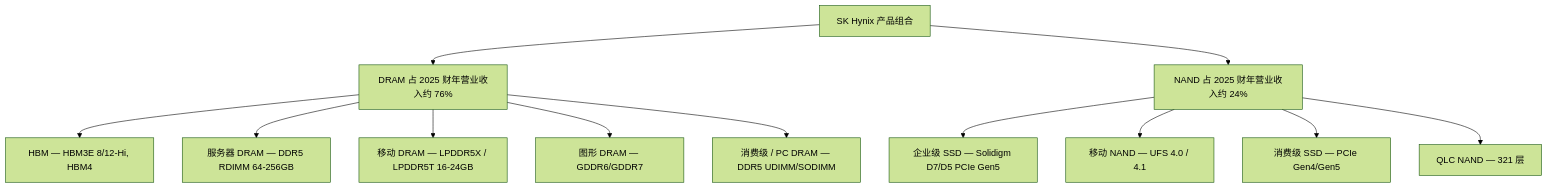
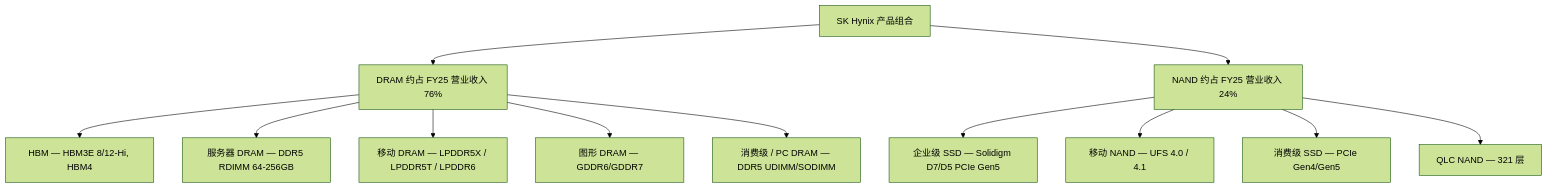
The first of 2 diagrams in reports/company/SKHynix_KRX000660/SKHynix_KRX000660_公司研究.md (dadachundan/financial_agent), drawn with Mermaid (forest theme) before and after one commit. The commit also changed other lines of this file and 9 other files, not shown here.

````diff
--- a/reports/company/SKHynix_KRX000660/SKHynix_KRX000660_公司研究.md
+++ b/reports/company/SKHynix_KRX000660/SKHynix_KRX000660_公司研究.md
@@ -130,14 +445,14 @@
 ```mermaid
 graph TD
-        A[SK Hynix 产品组合] --> B[DRAM 占 2025 财年营业收入约 76%]
-        A --> C[NAND 占 2025 财年营业收入约 24%]
-        B --> B1[HBM — HBM3E 8/12-Hi, HBM4]
-        B --> B2[服务器 DRAM — DDR5 RDIMM 64-256GB]
-        B --> B3[移动 DRAM — LPDDR5X / LPDDR5T 16-24GB]
-        B --> B4[图形 DRAM — GDDR6/GDDR7]
-        B --> B5[消费级 / PC DRAM — DDR5 UDIMM/SODIMM]
-        C --> C1[企业级 SSD — Solidigm D7/D5 PCIe Gen5]
-        C --> C2[移动 NAND — UFS 4.0 / 4.1]
-        C --> C3[消费级 SSD — PCIe Gen4/Gen5]
-        C --> C4[QLC NAND — 321 层]
+        A[SK Hynix 产品组合] --> B[DRAM 约占 FY25 营业收入 76%]
+        A --> C[NAND 约占 FY25 营业收入 24%]
+        B --> B1["HBM — HBM3E 8/12-Hi, HBM4"]
+        B --> B2["服务器 DRAM — DDR5 RDIMM 64-256GB"]
+        B --> B3["移动 DRAM — LPDDR5X / LPDDR5T / LPDDR6"]
+        B --> B4["图形 DRAM — GDDR6/GDDR7"]
+        B --> B5["消费级 / PC DRAM — DDR5 UDIMM/SODIMM"]
+        C --> C1["企业级 SSD — Solidigm D7/D5 PCIe Gen5"]
+        C --> C2["移动 NAND — UFS 4.0 / 4.1"]
+        C --> C3["消费级 SSD — PCIe Gen4/Gen5"]
+        C --> C4["QLC NAND — 321 层"]
 ```
````
